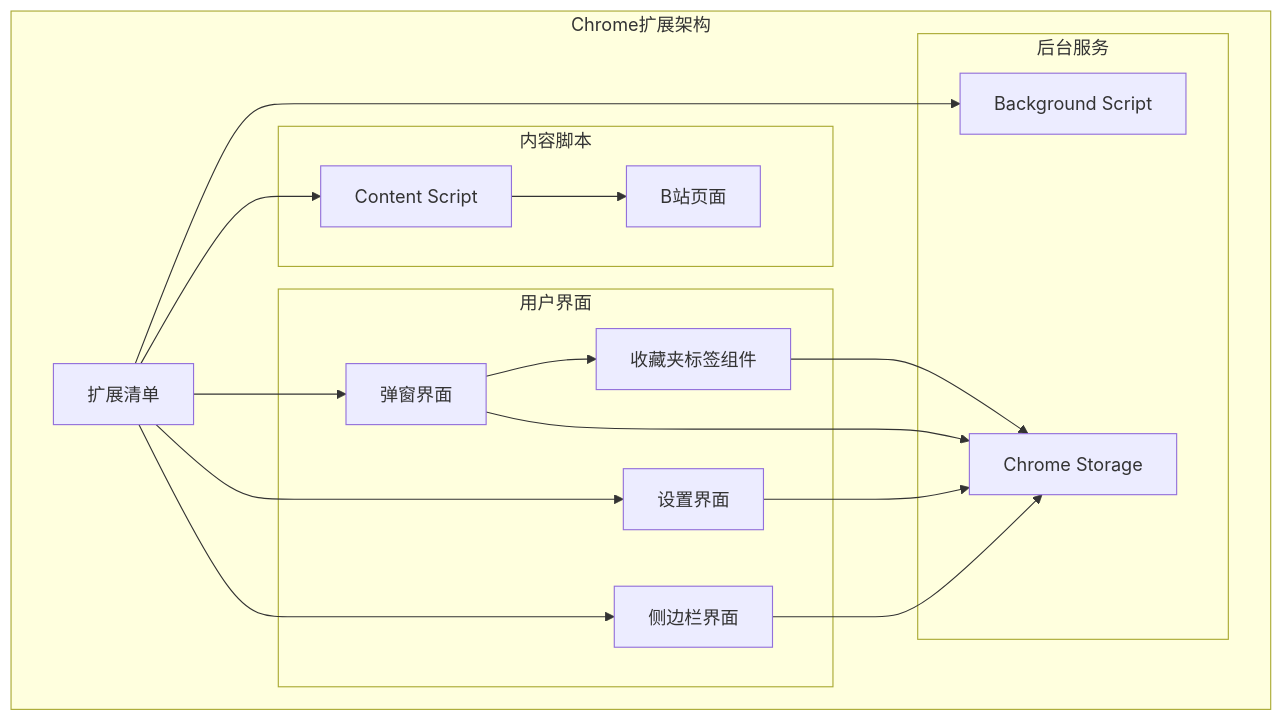
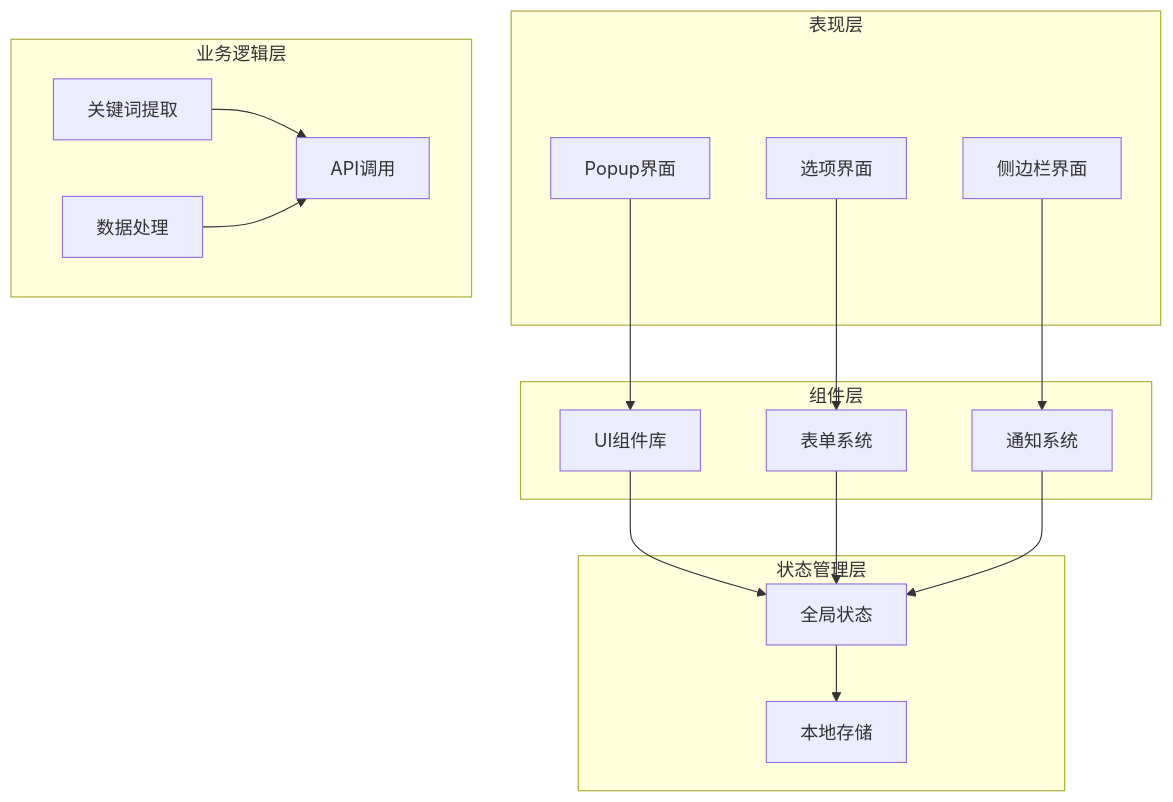
The second of 6 diagrams in .qoder/repowiki/zh/content/Accessibility Enhancements.md (RadiumAg/bilibili-favorites), drawn with Mermaid before and after one commit. The commit also changed other lines of this file and 21 other files, not shown here.

````diff
--- a/.qoder/repowiki/zh/content/Accessibility Enhancements.md
+++ b/.qoder/repowiki/zh/content/Accessibility Enhancements.md
@@ -199,31 +137,31 @@
 ```mermaid
-graph TB
-subgraph "Chrome扩展架构"
-Manifest[扩展清单]
-subgraph "后台服务"
-Background[Background Script]
-Storage[Chrome Storage]
+graph TD
+subgraph "表现层"
+Popup[Popup界面]
+Options[选项界面]
+SidePanel[侧边栏界面]
 end
-subgraph "内容脚本"
-ContentScript[Content Script]
-Bilibili[B站页面]
+subgraph "组件层"
+UIComponents[UI组件库]
+FormSystem[表单系统]
+ToastSystem[通知系统]
 end
-subgraph "用户界面"
-Popup[弹窗界面]
-Options[设置界面]
-SidePanel[侧边栏界面]
-FavoriteTag[收藏夹标签组件]
+subgraph "状态管理层"
+GlobalStore[全局状态]
+LocalStorage[本地存储]
 end
+subgraph "业务逻辑层"
+KeywordExtractor[关键词提取]
+DataProcessor[数据处理]
+APIHandler[API调用]
 end
-Manifest --> Background
-Manifest --> ContentScript
-Manifest --> Popup
-Manifest --> Options
-Manifest --> SidePanel
-ContentScript --> Bilibili
-Popup --> FavoriteTag
-Popup --> Storage
-Options --> Storage
-SidePanel --> Storage
-FavoriteTag --> Storage
+Popup --> UIComponents
+Options --> FormSystem
+SidePanel --> ToastSystem
+UIComponents --> GlobalStore
+FormSystem --> GlobalStore
+ToastSystem --> GlobalStore
+GlobalStore --> LocalStorage
+KeywordExtractor --> APIHandler
+DataProcessor --> APIHandler
 ```
````
